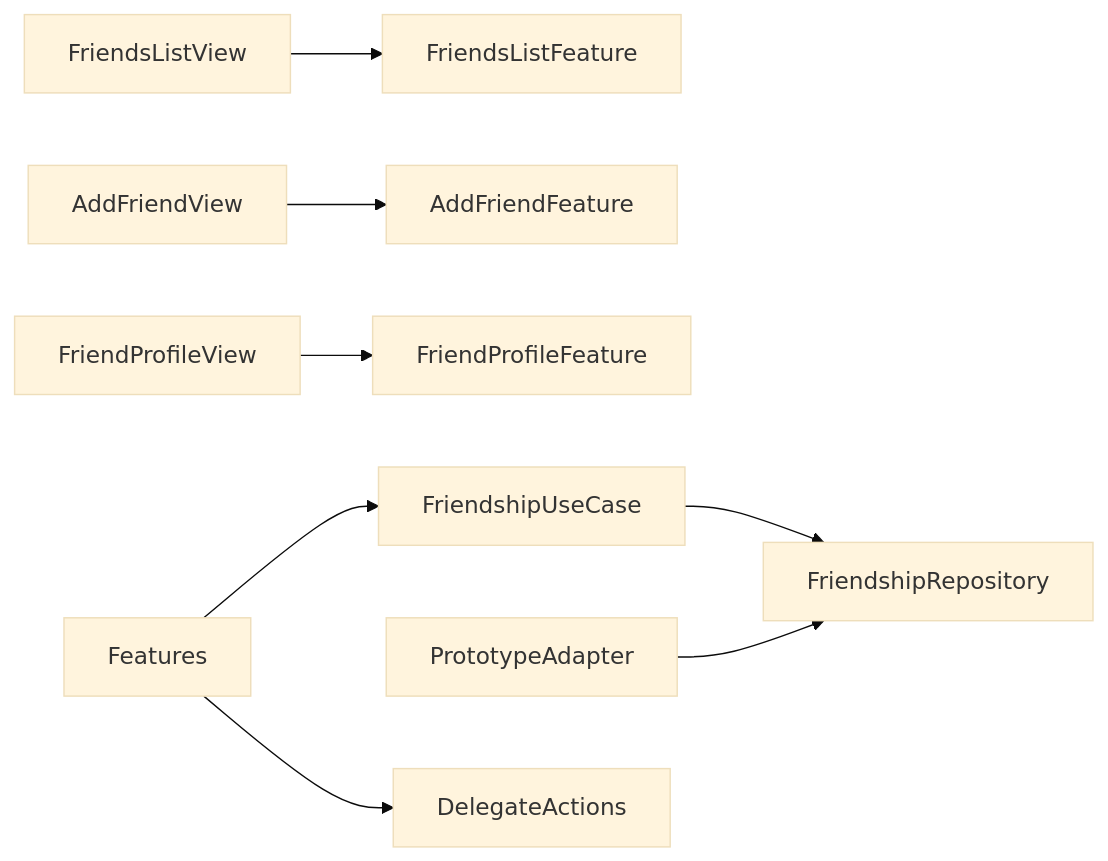
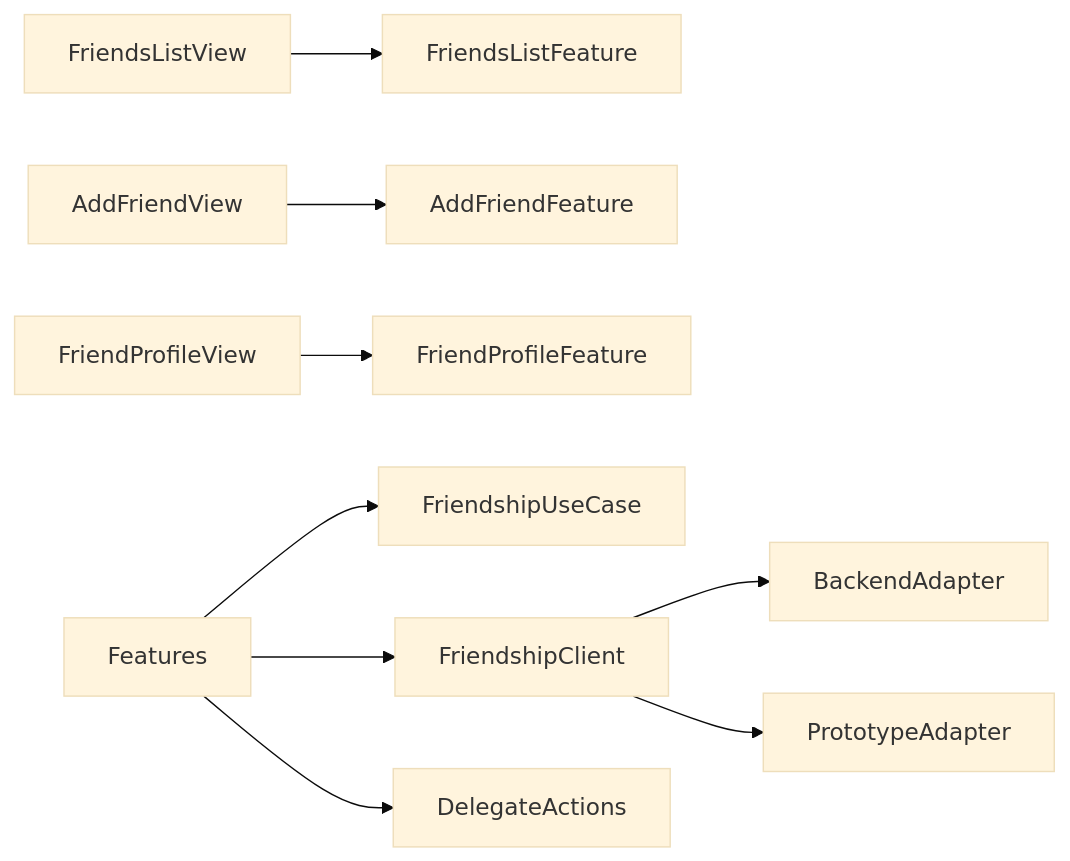
One commit to beyond-labo/free-time-matching changed the diagram in .kiro/specs/ios-friendship/design.md. Above: the diagram before and after it, drawn with Mermaid (base theme). The commit also changed other lines of this file and 59 other files, not shown here.

````diff
--- a/.kiro/specs/ios-friendship/design.md
+++ b/.kiro/specs/ios-friendship/design.md
@@ -42,10 +42,11 @@
 ```mermaid
 graph LR
     FriendsListView --> FriendsListFeature
     AddFriendView --> AddFriendFeature
     FriendProfileView --> FriendProfileFeature
     Features --> FriendshipUseCase
-    FriendshipUseCase --> FriendshipRepository
-    PrototypeAdapter --> FriendshipRepository
+    Features --> FriendshipClient
+    FriendshipClient --> BackendAdapter
+    FriendshipClient --> PrototypeAdapter
     Features --> DelegateActions
 ```
````
